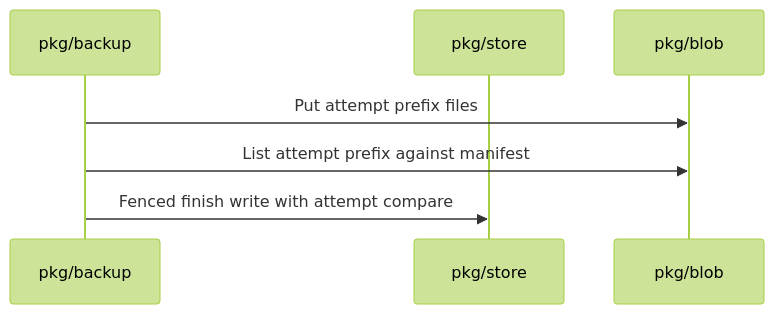
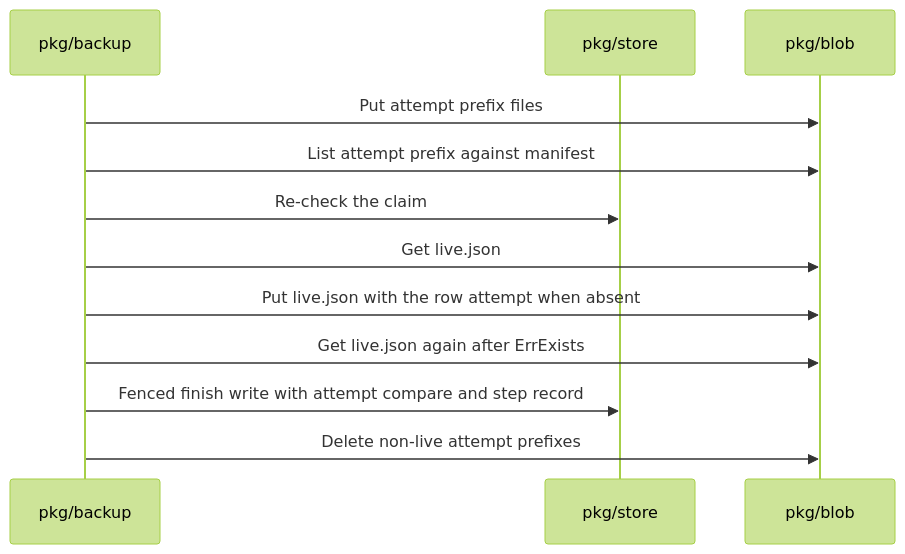
One commit to OpenDustpan/OpenDustpan changed the first of 4 diagrams in openspec/changes/backup-fence-target-writes-attempt/design.md. Above: the diagram before and after it, drawn with Mermaid (forest theme). The commit also changed other lines of this file and 3 other files, not shown here.

````diff
--- a/openspec/changes/backup-fence-target-writes-attempt/design.md
+++ b/openspec/changes/backup-fence-target-writes-attempt/design.md
@@ -24,9 +34,14 @@
 ```mermaid
 sequenceDiagram
 participant W as pkg/backup
 participant D as pkg/store
 participant T as pkg/blob
 W->>T: Put attempt prefix files
 W->>T: List attempt prefix against manifest
-W->>D: Fenced finish write with attempt compare
+W->>D: Re-check the claim
+W->>T: Get live.json
+W->>T: Put live.json with the row attempt when absent
+W->>T: Get live.json again after ErrExists
+W->>D: Fenced finish write with attempt compare and step record
+W->>T: Delete non-live attempt prefixes
 ```
````
